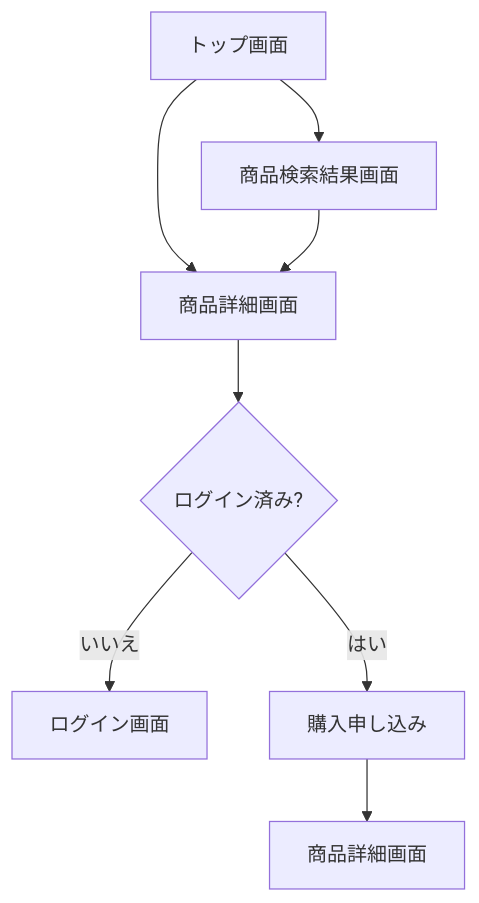
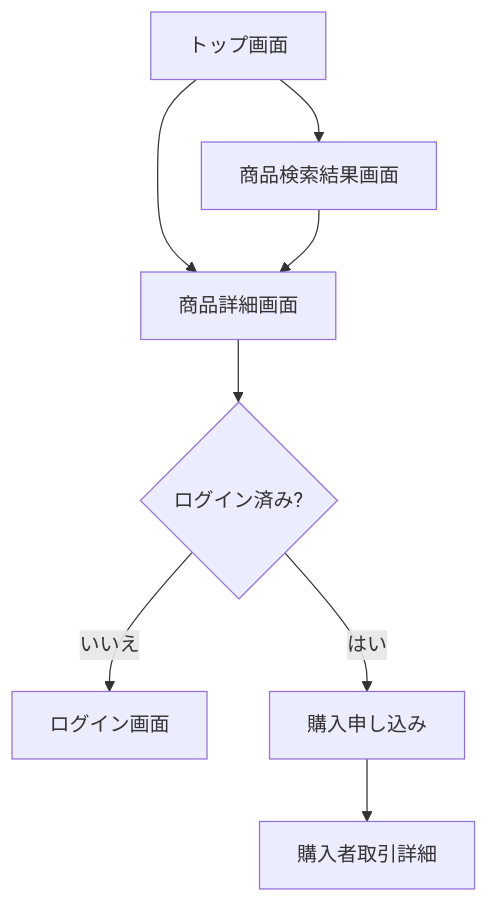
The first of 4 diagrams in docs/screen-url-design.md (natuki53/CampusTrade), drawn with Mermaid before and after one commit. The commit also changed other lines of this file and 4 other files, not shown here.

````diff
--- a/docs/screen-url-design.md
+++ b/docs/screen-url-design.md
@@ -95,10 +106,10 @@
 ```mermaid
 flowchart TD
     A["トップ画面"] --> B["商品検索結果画面"]
     A --> C["商品詳細画面"]
     B --> C
     C --> D{"ログイン済み?"}
     D -->|いいえ| E["ログイン画面"]
     D -->|はい| F["購入申し込み"]
-    F --> G["商品詳細画面"]
+    F --> G["購入者取引詳細"]
 ```
````
